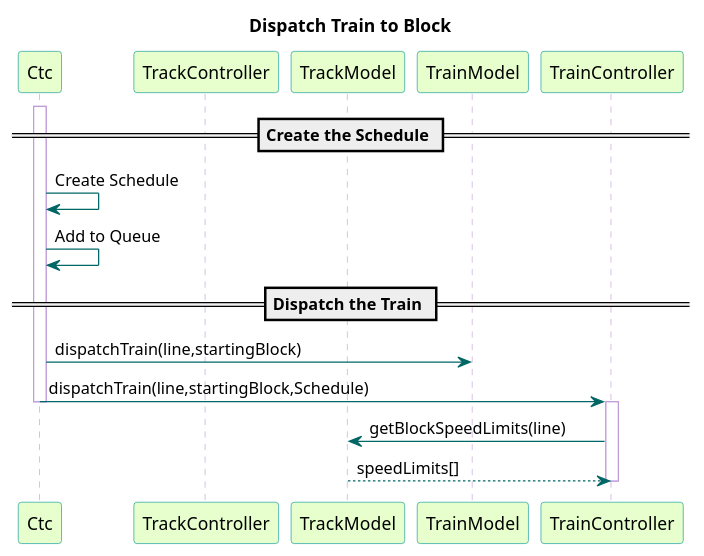
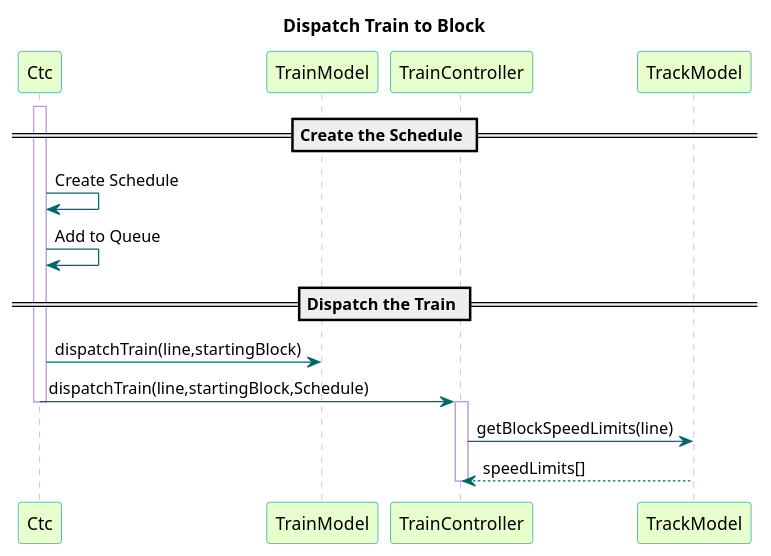
One commit to kevingilboy/COE1186 changed the diagram in TrainSystem/yUML/Sequence Diagrams/Overall/DispatchTrain.pu. Above: the diagram before and after it, drawn with PlantUML. The commit also changed 1 other file, not shown here.

Commit message:
Updated UML for dispatch train

```diff
--- a/TrainSystem/yUML/Sequence Diagrams/Overall/DispatchTrain.pu
+++ b/TrainSystem/yUML/Sequence Diagrams/Overall/DispatchTrain.pu
@@ -1,33 +1,33 @@
 @startuml
 
 title Dispatch Train to Block
 
 skinparam sequence {
   BackgroundColor transparent
   ParticipantBackgroundColor #e6ffcc
   ParticipantBorderColor 	#049595
   PackageBorderCOlor  #049595
   ArrowColor #006666
   LifeLineBorderColor #c09cd9
 }
 
 participant Ctc
-participant TrackController
+participant TrainModel
+participant TrainController
 participant TrackModel
-participant TrainModel
 
 == Create the Schedule ==
 activate Ctc
 Ctc -> Ctc : Create Schedule
 Ctc -> Ctc : Add to Queue
 == Dispatch the Train ==
 Ctc -> TrainModel : dispatchTrain(line,startingBlock)
 Ctc -> TrainController : dispatchTrain(line,startingBlock,Schedule)
 deactivate Ctc
 
 activate TrainController
 TrainController -> TrackModel : getBlockSpeedLimits(line)
 TrackModel --> TrainController : speedLimits[]
 deactivate TrainController
 
 @enduml
```
